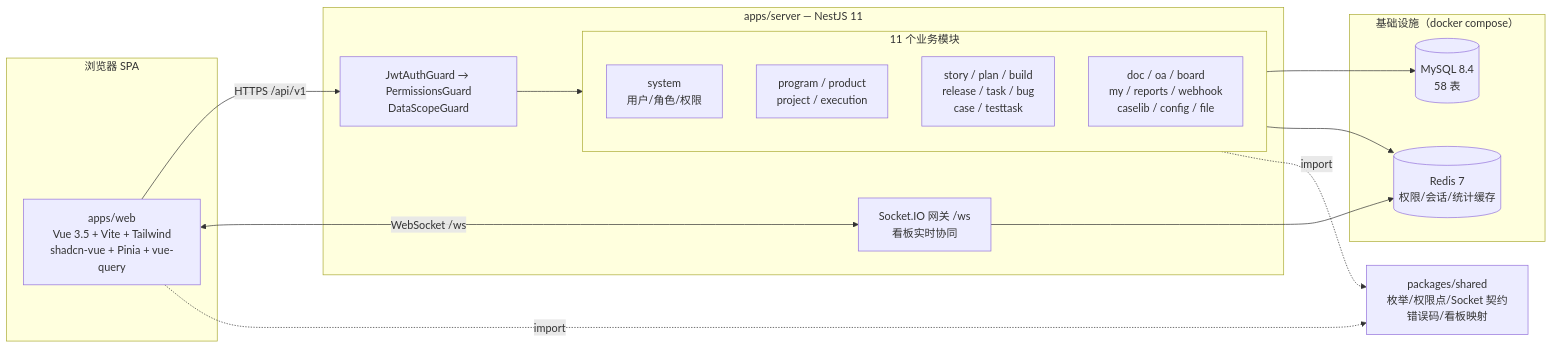
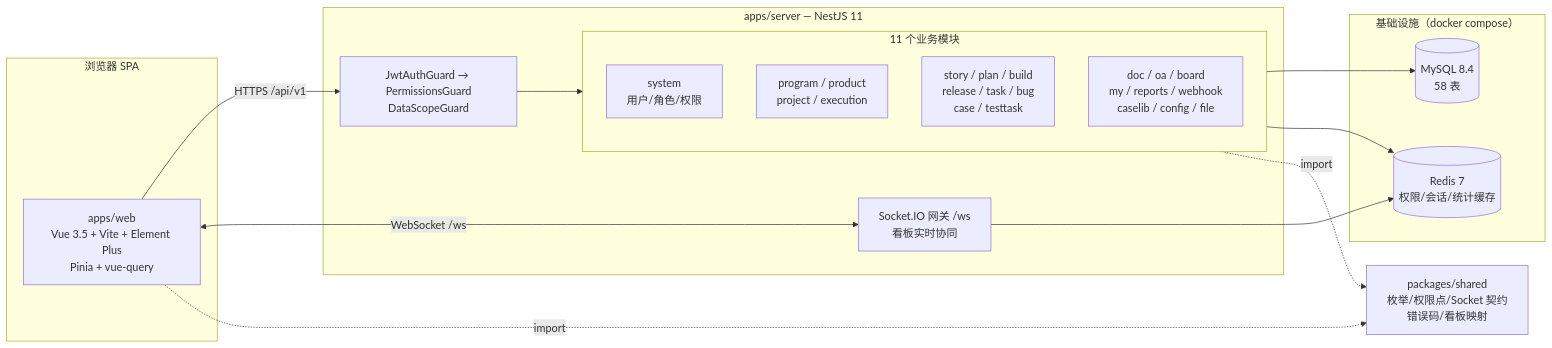
Before and after one commit to yhemeo613/zentao-nest: the first of 4 diagrams in README.md, drawn with Mermaid. The commit also changed other lines of this file and 12 other files, not shown here.

Commit message:
docs: 开源准备——README 系统截图、进度/前端规范 v2.0 结构化重整、内网信息清理

````diff
--- a/README.md
+++ b/README.md
@@ -51,30 +75,30 @@
 ```mermaid
 flowchart LR
     subgraph Client["浏览器 SPA"]
-        WEB["apps/web<br/>Vue 3.5 + Vite + Tailwind<br/>shadcn-vue + Pinia + vue-query"]
+        WEB["apps/web<br/>Vue 3.5 + Vite + Element Plus<br/>Pinia + vue-query"]
     end
     subgraph Server["apps/server — NestJS 11"]
         GW["Socket.IO 网关 /ws<br/>看板实时协同"]
         subgraph Modules["11 个业务模块"]
             SYS["system<br/>用户/角色/权限"]
             P4L["program / product<br/>project / execution"]
             CORE["story / plan / build<br/>release / task / bug<br/>case / testtask"]
             AUX["doc / oa / board<br/>my / reports / webhook<br/>caselib / config / file"]
         end
         Guards["JwtAuthGuard → PermissionsGuard<br/>DataScopeGuard"]
     end
     subgraph Infra["基础设施（docker compose）"]
         MYSQL[("MySQL 8.4<br/>58 表")]
         REDIS[("Redis 7<br/>权限/会话/统计缓存")]
     end
     SHARED["packages/shared<br/>枚举/权限点/Socket 契约<br/>错误码/看板映射"]
 
     WEB -->|HTTPS /api/v1| Guards
     WEB <-->|WebSocket /ws| GW
     Guards --> Modules
     Modules --> MYSQL
     Modules --> REDIS
     GW --> REDIS
     Modules -.->|import| SHARED
     WEB -.->|import| SHARED
 ```
````
